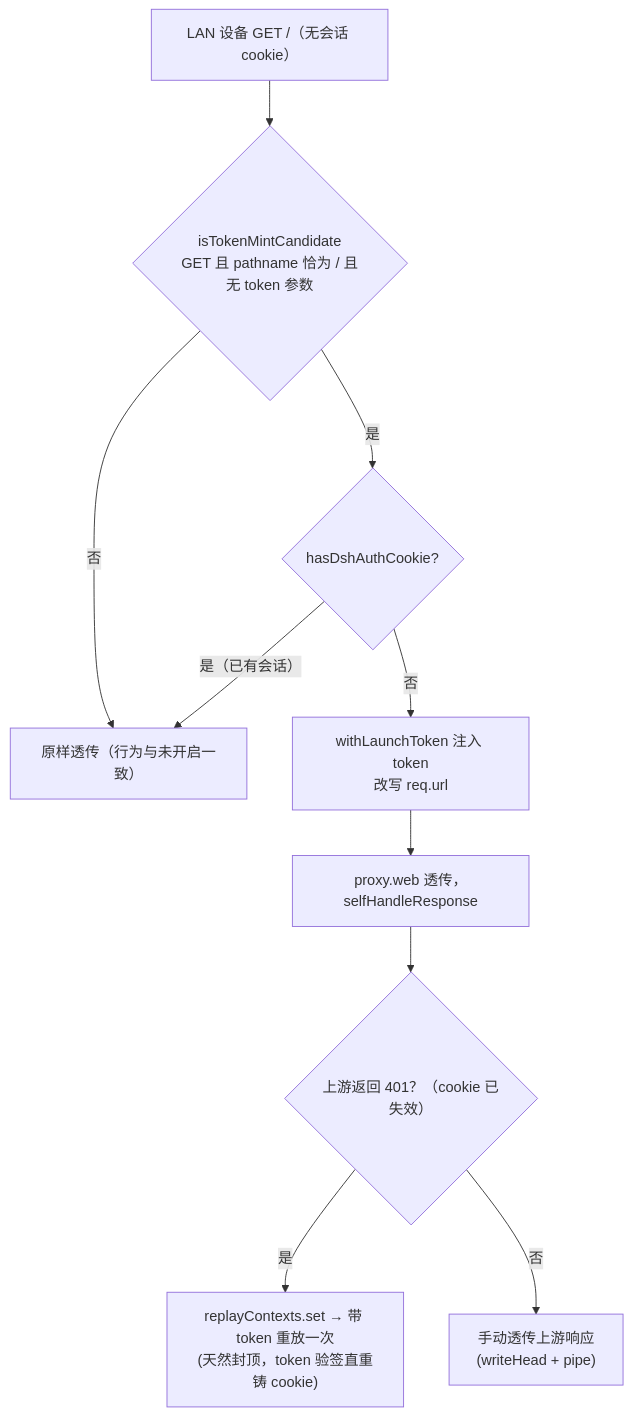
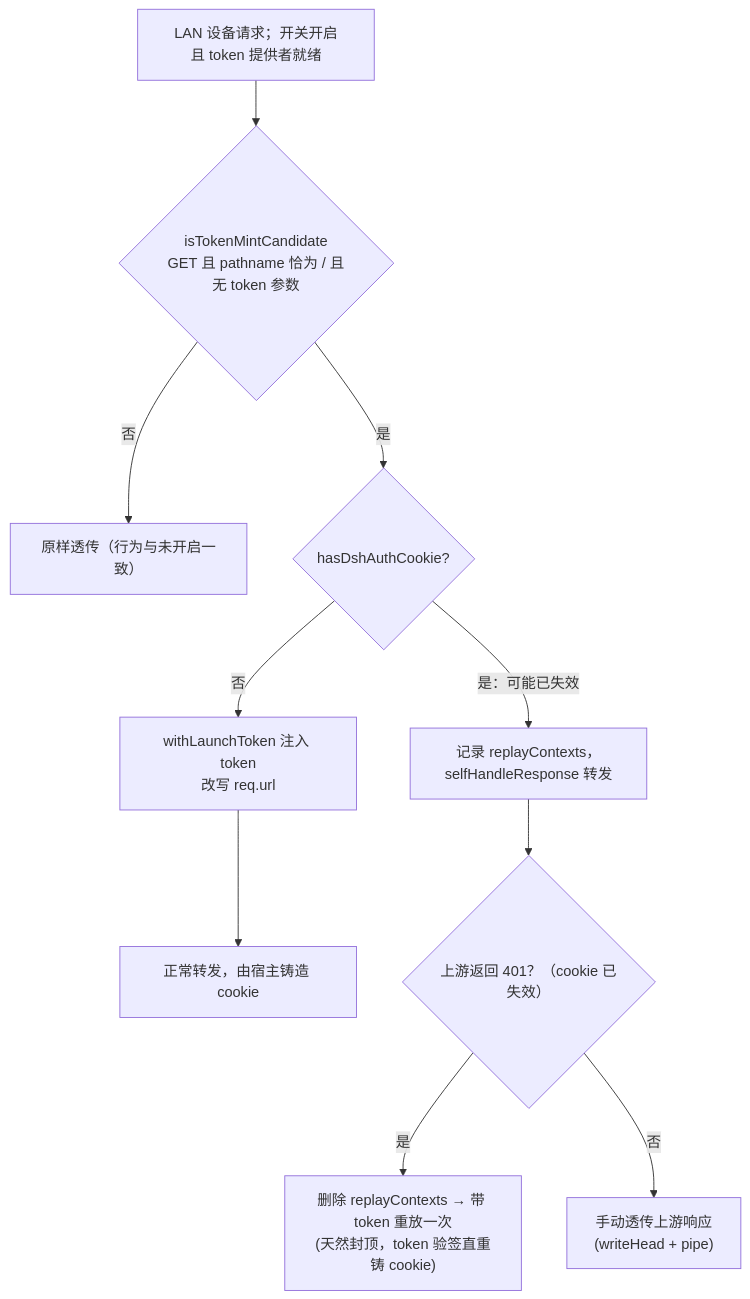
One commit to realreus319/dsh-plugin-hub changed the third of 4 diagrams in docs/architecture/dsh-lan-proxy.md. Above: the diagram before and after it, drawn with Mermaid. The commit also changed other lines of this file and 18 other files, not shown here.

Commit message:
docs(architecture): lan-proxy 与 notifier 架构文档对齐 TOGAF 4A 四视图 (#876)

````diff
--- a/docs/architecture/dsh-lan-proxy.md
+++ b/docs/architecture/dsh-lan-proxy.md
@@ -139,12 +215,13 @@
 ```mermaid
 flowchart TD
-    A["LAN 设备 GET /（无会话 cookie）"] --> B{"isTokenMintCandidate<br/>GET 且 pathname 恰为 / 且无 token 参数"}
+    A["LAN 设备请求；开关开启且 token 提供者就绪"] --> B{"isTokenMintCandidate<br/>GET 且 pathname 恰为 / 且无 token 参数"}
     B -->|"否"| C["原样透传（行为与未开启一致）"]
     B -->|"是"| D{"hasDshAuthCookie?"}
-    D -->|"是（已有会话）"| C
+    D -->|"是：可能已失效"| F
     D -->|"否"| E["withLaunchToken 注入 token<br/>改写 req.url"]
-    E --> F["proxy.web 透传，selfHandleResponse"]
+    E --> NORMAL["正常转发，由宿主铸造 cookie"]
+    F["记录 replayContexts，selfHandleResponse 转发"]
     F --> G{"上游返回 401？（cookie 已失效）"}
-    G -->|"是"| H["replayContexts.set → 带 token 重放一次<br/>(天然封顶，token 验签直重铸 cookie)"]
+    G -->|"是"| H["删除 replayContexts → 带 token 重放一次<br/>(天然封顶，token 验签直重铸 cookie)"]
     G -->|"否"| I["手动透传上游响应<br/>(writeHead + pipe)"]
 ```
````
